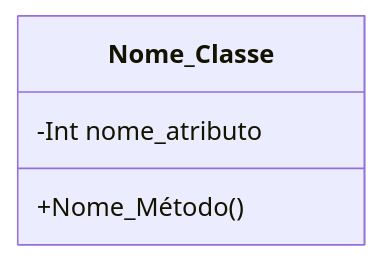
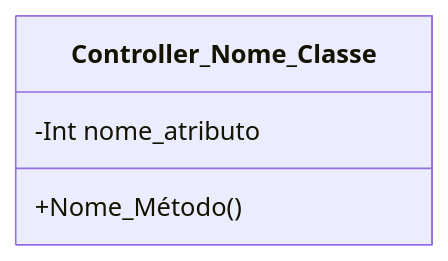
The diagram in MODELOS/Modelo de Classe.md (ETECC-Telecom/ValtObsidian-Script-Moto), drawn with Mermaid before and after one commit. The commit also changed 8 other files, not shown here.

````diff
--- a/MODELOS/Modelo de Classe.md
+++ b/MODELOS/Modelo de Classe.md
@@ -41,8 +41,8 @@
 ```mermaid
 classDiagram
-    class Nome_Classe{
+    class Controller_Nome_Classe{
 		-Int nome_atributo
       
 		+Nome_Método()
     }
 ```
````
